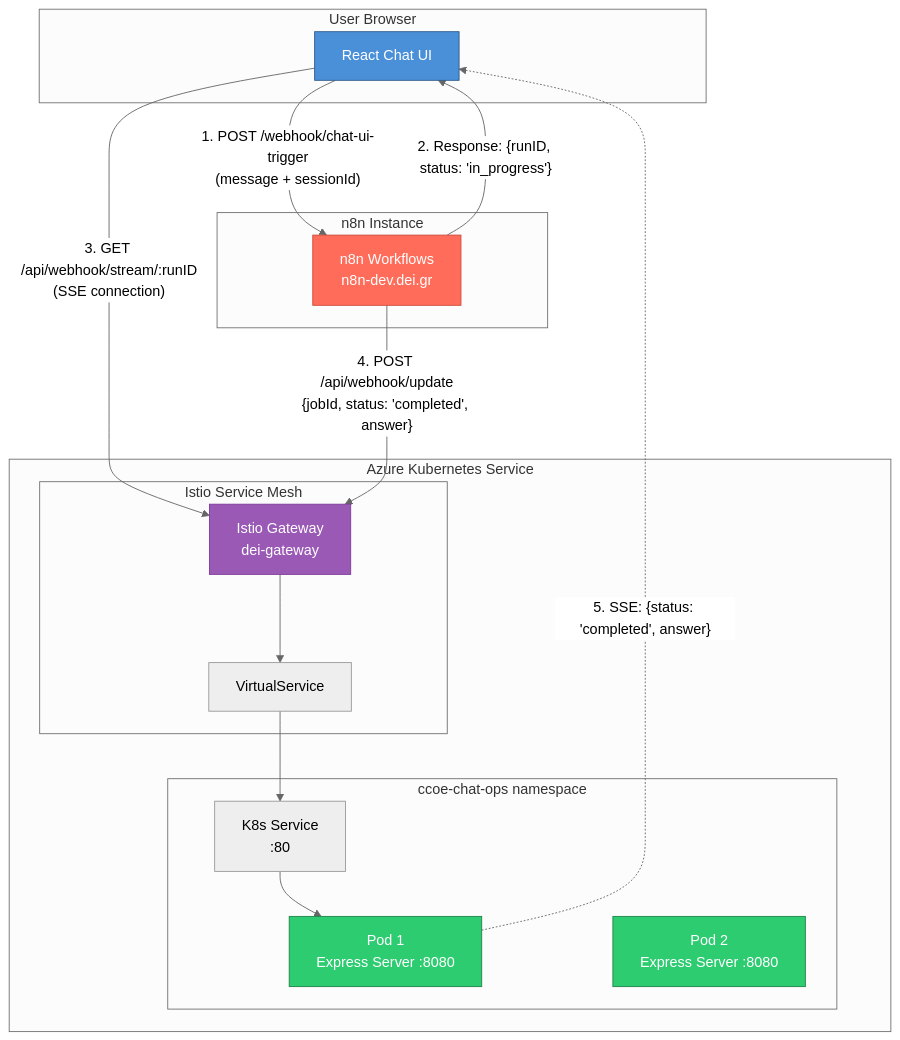
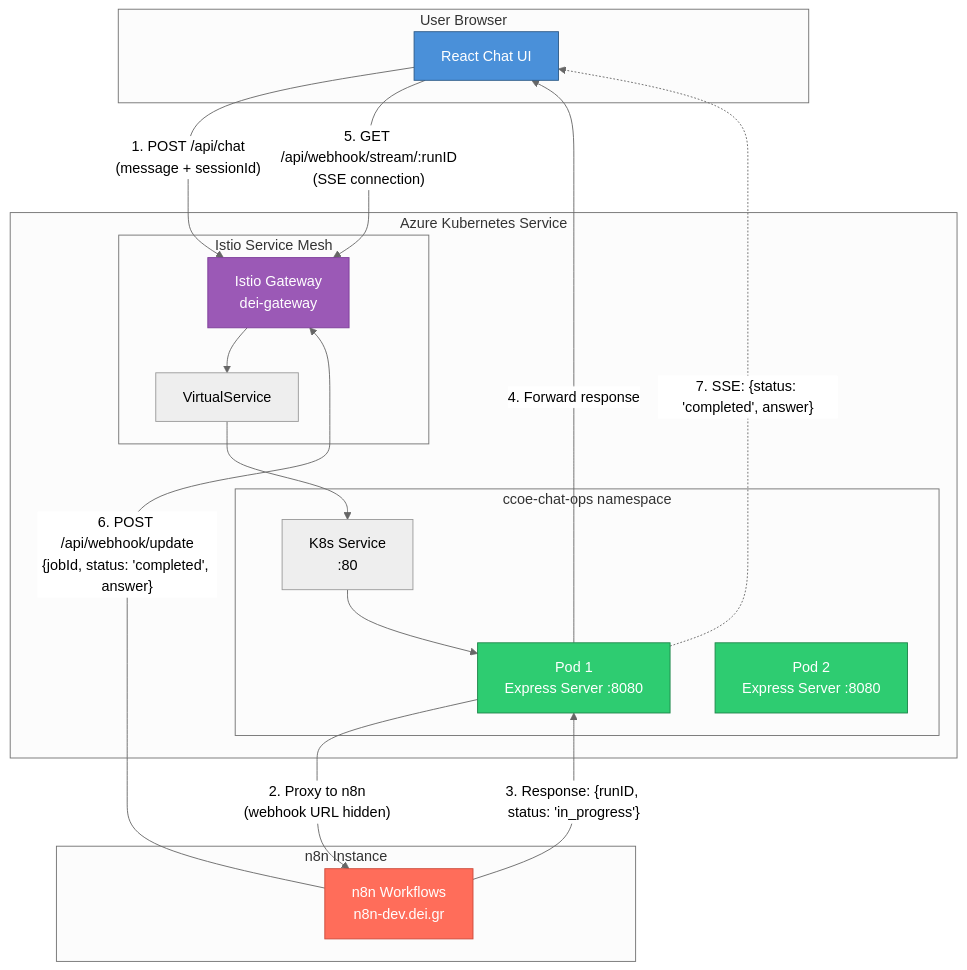
Before and after one commit to tsaraspanos/ccoe-chat-ops-aks: the diagram in README.md, drawn with Mermaid (neutral theme). The commit also changed other lines of this file, not shown here.

````diff
--- a/README.md
+++ b/README.md
@@ -7,45 +7,47 @@
 ```mermaid
 flowchart TB
     subgraph "User Browser"
         UI[React Chat UI]
     end
     
     subgraph "Azure Kubernetes Service"
         subgraph "Istio Service Mesh"
             GW[Istio Gateway<br/>dei-gateway]
             VS[VirtualService]
         end
         
         subgraph "ccoe-chat-ops namespace"
             SVC[K8s Service<br/>:80]
             POD1[Pod 1<br/>Express Server :8080]
             POD2[Pod 2<br/>Express Server :8080]
         end
     end
     
     subgraph "n8n Instance"
         N8N[n8n Workflows<br/>n8n-dev.dei.gr]
     end
     
-    %% User sends message directly to n8n
-    UI -->|"1. POST /webhook/chat-ui-trigger<br/>(message + sessionId)"| N8N
+    %% User sends message through backend proxy
+    UI -->|"1. POST /api/chat<br/>(message + sessionId)"| GW
+    GW --> VS --> SVC --> POD1
+    POD1 -->|"2. Proxy to n8n<br/>(webhook URL hidden)"| N8N
     
     %% n8n returns immediate acknowledgment
-    N8N -->|"2. Response: {runID, status: 'in_progress'}"| UI
+    N8N -->|"3. Response: {runID, status: 'in_progress'}"| POD1
+    POD1 -->|"4. Forward response"| UI
     
     %% UI subscribes to SSE
-    UI -->|"3. GET /api/webhook/stream/:runID<br/>(SSE connection)"| GW
-    GW --> VS --> SVC --> POD1
+    UI -->|"5. GET /api/webhook/stream/:runID<br/>(SSE connection)"| GW
     
     %% n8n workflow completes and posts update
-    N8N -->|"4. POST /api/webhook/update<br/>{jobId, status: 'completed', answer}"| GW
+    N8N -->|"6. POST /api/webhook/update<br/>{jobId, status: 'completed', answer}"| GW
     
     %% SSE pushes to client
-    POD1 -.->|"5. SSE: {status: 'completed', answer}"| UI
+    POD1 -.->|"7. SSE: {status: 'completed', answer}"| UI
     
     style UI fill:#4a90d9,stroke:#2d5a87,color:#fff
     style N8N fill:#ff6d5a,stroke:#cc4a3a,color:#fff
     style GW fill:#9b59b6,stroke:#7d3c98,color:#fff
     style POD1 fill:#2ecc71,stroke:#1e8449,color:#fff
     style POD2 fill:#2ecc71,stroke:#1e8449,color:#fff
 ```
````
